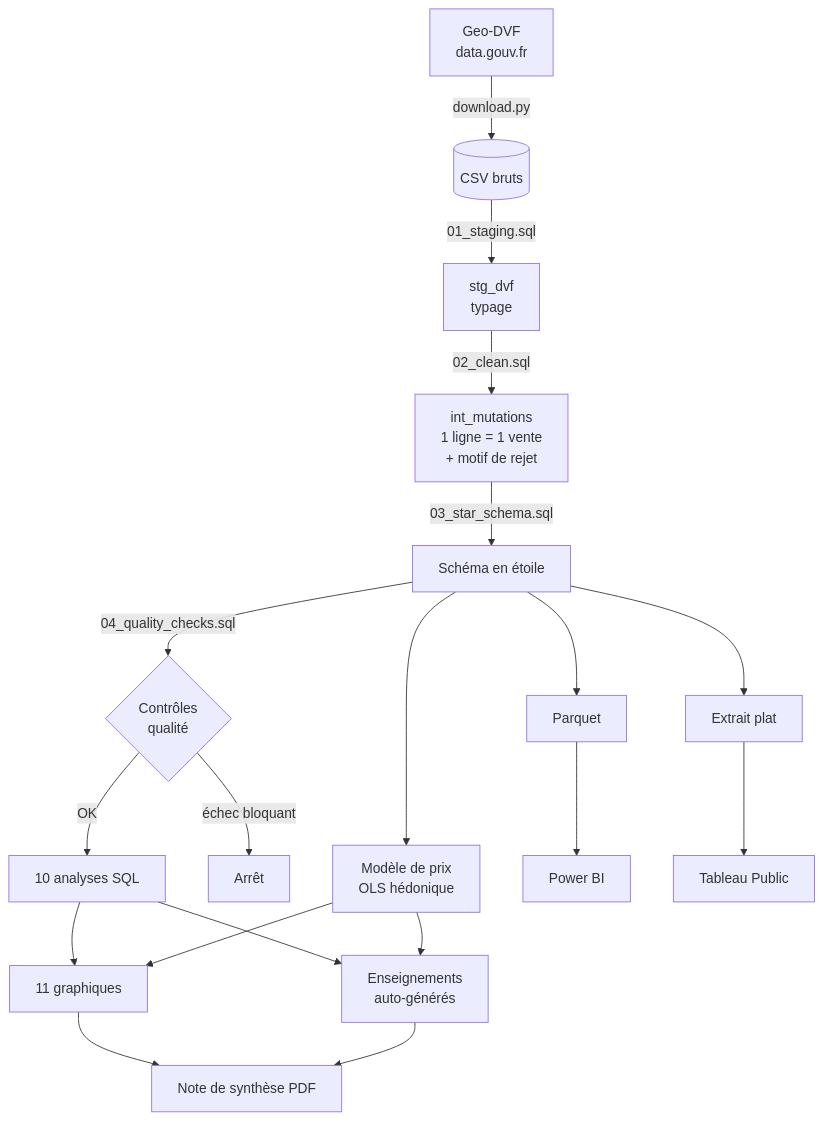
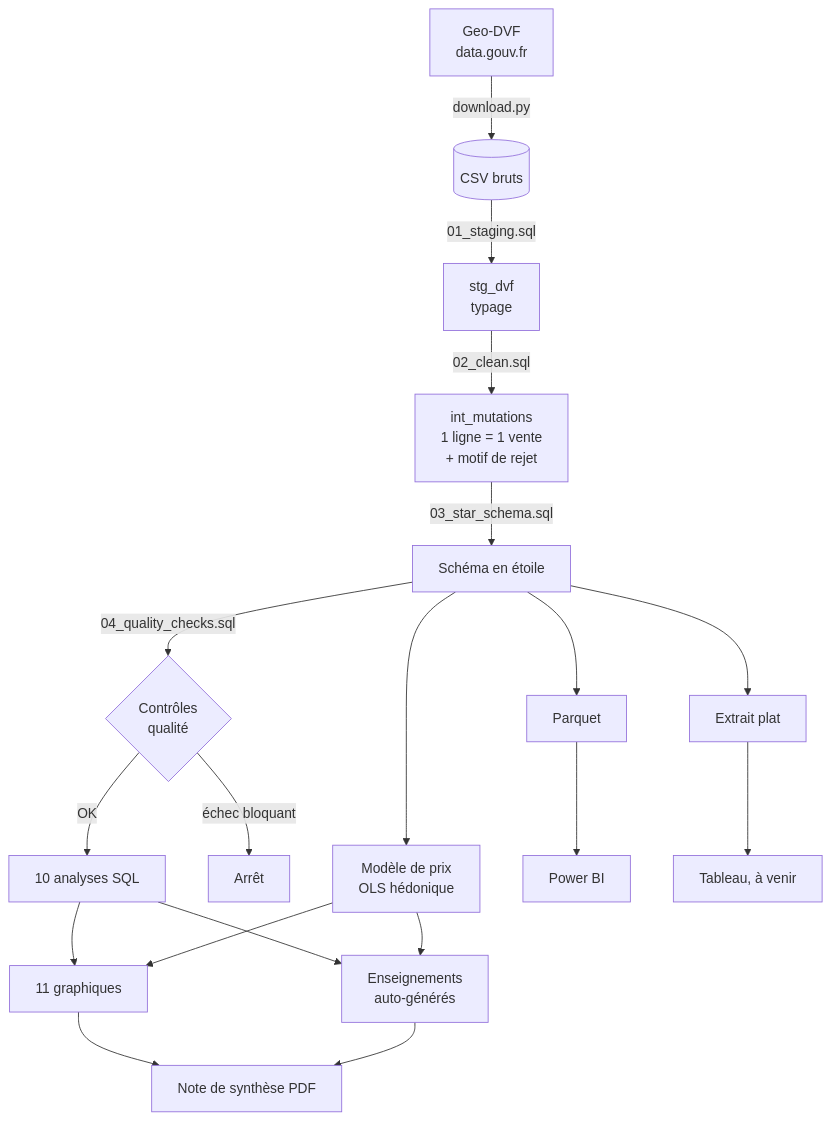
One commit to AtikaWamra/dvf-cote-azur changed the first of 2 diagrams in README.md. Above: the diagram before and after it, drawn with Mermaid. The commit also changed other lines of this file, not shown here.

````diff
--- a/README.md
+++ b/README.md
@@ -90,19 +62,19 @@
 ```mermaid
 flowchart TB
     A[Geo-DVF<br/>data.gouv.fr] -->|download.py| B[(CSV bruts)]
     B -->|01_staging.sql| C[stg_dvf<br/>typage]
     C -->|02_clean.sql| D[int_mutations<br/>1 ligne = 1 vente<br/>+ motif de rejet]
     D -->|03_star_schema.sql| E[Schéma en étoile]
     E -->|04_quality_checks.sql| F{Contrôles<br/>qualité}
     F -->|OK| G[10 analyses SQL]
     F -->|échec bloquant| X[Arrêt]
     E --> M[Modèle de prix<br/>OLS hédonique]
     G --> H[11 graphiques]
     M --> H
     G --> I[Enseignements<br/>auto-générés]
     M --> I
     H --> P[Note de synthèse PDF]
     I --> P
     E --> J[Parquet] --> K[Power BI]
-    E --> L[Extrait plat] --> T[Tableau Public]
+    E --> L[Extrait plat] --> T[Tableau, à venir]
 ```
````
